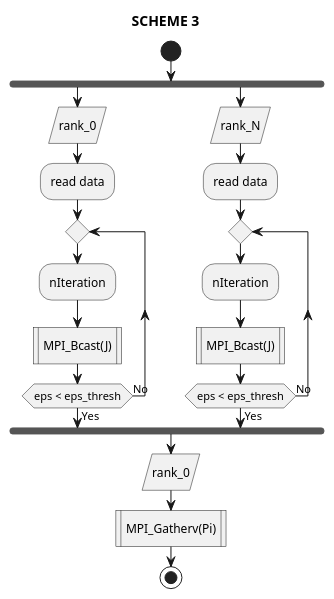
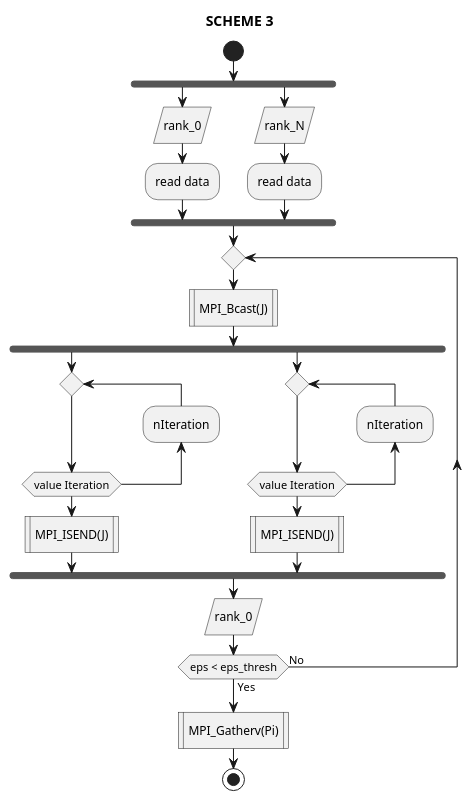
The diagram in src/scheme3.puml (hashkode/hpcfmi-mpivi), drawn with PlantUML before and after one commit. The commit also changed 1 other file, not shown here.

```diff
--- a/src/scheme3.puml
+++ b/src/scheme3.puml
@@ -1,26 +1,32 @@
 @startuml
 'left to right direction
 ' Horizontal lines: -->, <--, <-->'
 title SCHEME 3
 start
 fork
     :rank_0/
     :read data;
-repeat
-    :nIteration;
-    :MPI_Bcast(J)|
-repeat while (eps < eps_thresh) is (No) not (Yes)
 fork again
     :rank_N/
     :read data;
+end fork
 repeat
-    :nIteration;
     :MPI_Bcast(J)|
-repeat while (eps < eps_thresh) is (No) not (Yes)
+fork
+repeat
+    backward:nIteration;
+    repeat while (value Iteration)
+    :MPI_ISEND(J)|
+fork again
+repeat
+    backward:nIteration;
+    repeat while (value Iteration)
+    :MPI_ISEND(J)|
 end fork
 :rank_0/
+repeat while (eps < eps_thresh) is (No) not (Yes)
 :MPI_Gatherv(Pi)|
 
 stop
 
 @enduml
```
